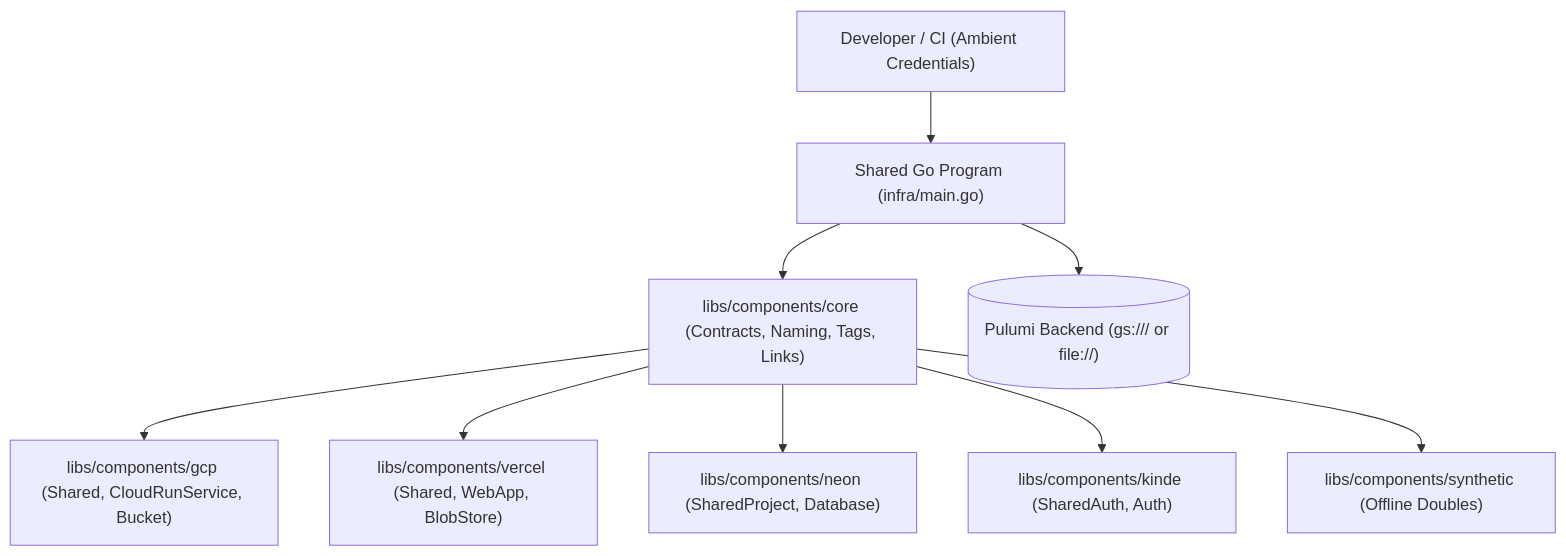
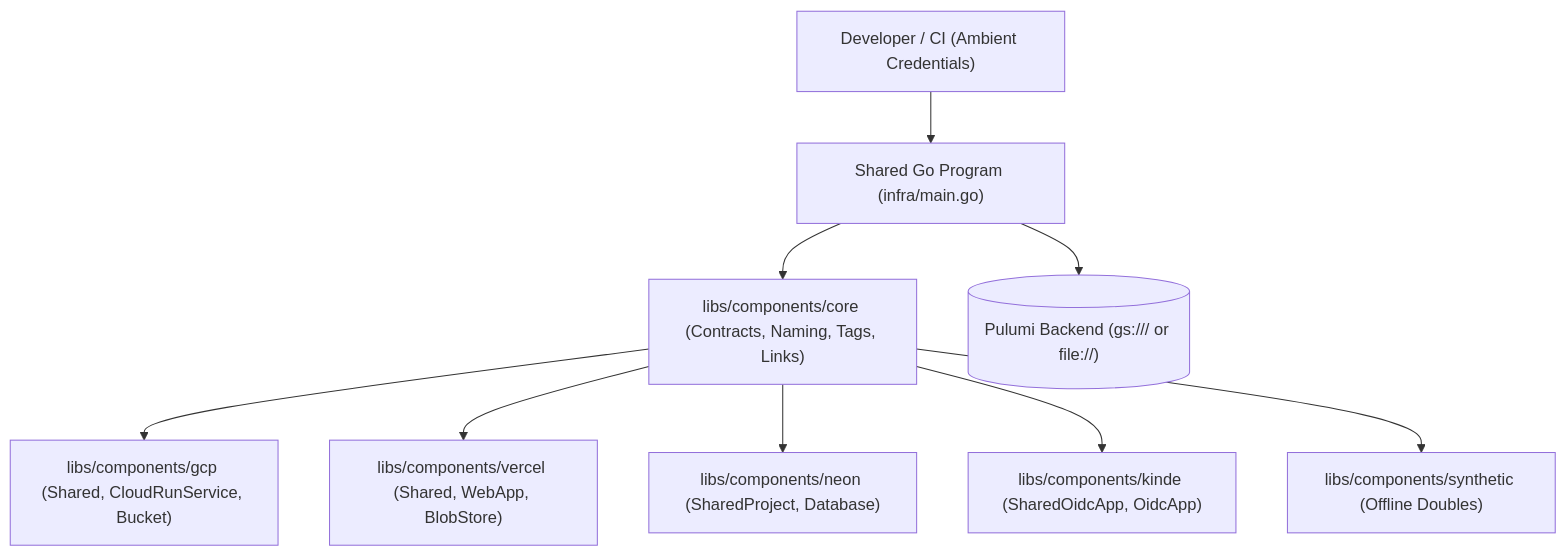
The first of 2 diagrams in docs/architecture/index.md (cloudvoyant/openbase), drawn with Mermaid before and after one commit. The commit also changed other lines of this file and 104 other files, not shown here.

````diff
--- a/docs/architecture/index.md
+++ b/docs/architecture/index.md
@@ -26,11 +26,11 @@
 ```mermaid
 flowchart TD
     Runner["Developer / CI (Ambient Credentials)"] --> Pulumi["Shared Go Program (infra/main.go)"]
     Pulumi --> Core["libs/components/core (Contracts, Naming, Tags, Links)"]
     Core --> GCP["libs/components/gcp (Shared, CloudRunService, Bucket)"]
     Core --> Vercel["libs/components/vercel (Shared, WebApp, BlobStore)"]
     Core --> Neon["libs/components/neon (SharedProject, Database)"]
-    Core --> Kinde["libs/components/kinde (SharedAuth, Auth)"]
+    Core --> Kinde["libs/components/kinde (SharedOidcApp, OidcApp)"]
     Core --> Syn["libs/components/synthetic (Offline Doubles)"]
     Pulumi --> State[("Pulumi Backend (gs://<bucket>/<project> or file://)")]
 ```
````
